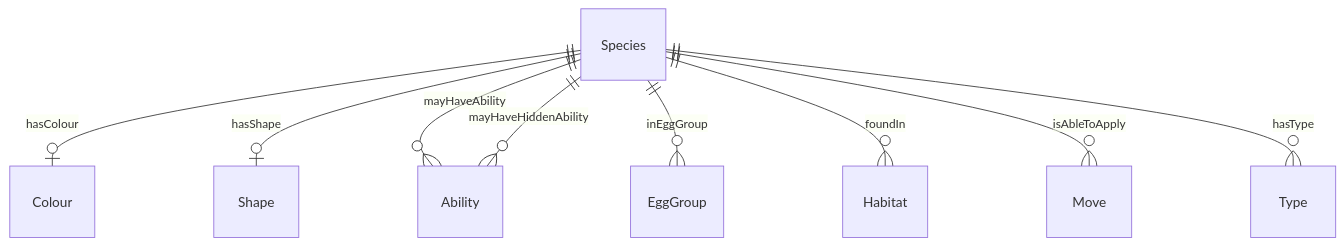
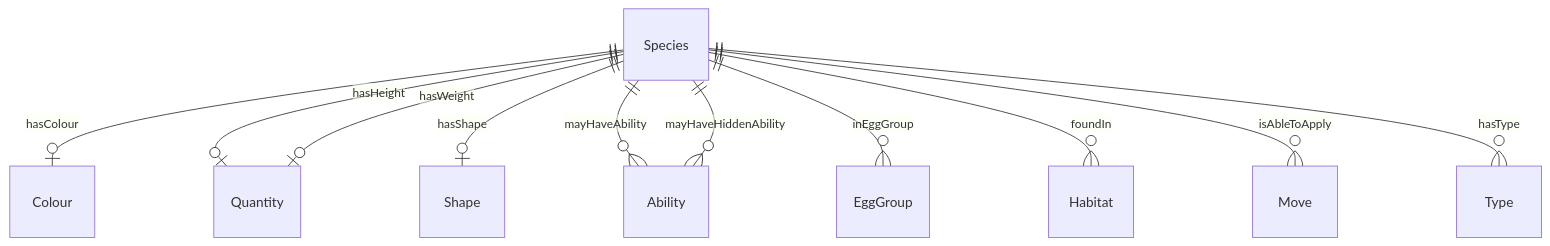
Before and after one commit to vladistan/linkml-pokemon: diagram 13 of 43 in project/datadict.md, drawn with Mermaid. The commit also changed other lines of this file and 14 other files, not shown here.

Commit message:
Rebuild the project using new schema

````diff
--- a/project/datadict.md
+++ b/project/datadict.md
@@ -624,19 +639,21 @@
 ```mermaid
 erDiagram
 EggGroup {
 
 }
 Species {
 
 }
 
 Species ||--|o Colour : "hasColour"
+Species ||--|o Quantity : "hasHeight"
+Species ||--|o Quantity : "hasWeight"
 Species ||--|o Shape : "hasShape"
 Species ||--}o Ability : "mayHaveAbility"
 Species ||--}o Ability : "mayHaveHiddenAbility"
 Species ||--}o EggGroup : "inEggGroup"
 Species ||--}o Habitat : "foundIn"
 Species ||--}o Move : "isAbleToApply"
 Species ||--}o Type : "hasType"
 
 ```
````
